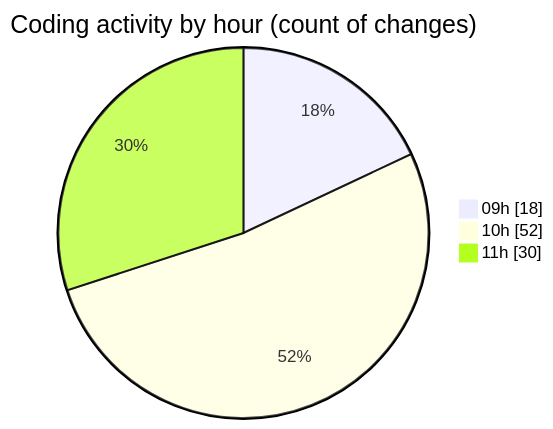
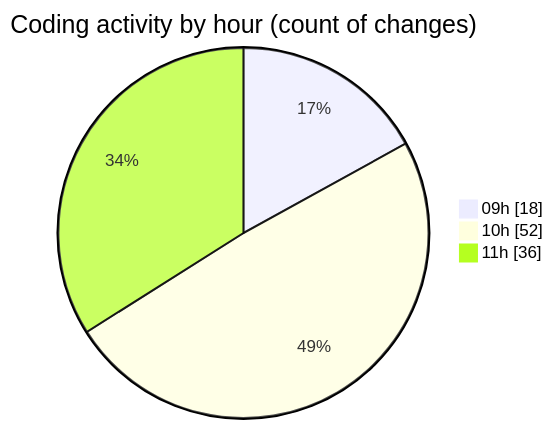
Before and after one commit to momahboobian/code-tracking: the second of 2 diagrams in 2025-03-21/cda/README.md, drawn with Mermaid. The commit also changed other lines of this file and 1 other file, not shown here.

````diff
--- a/2025-03-21/cda/README.md
+++ b/2025-03-21/cda/README.md
@@ -38,7 +38,7 @@
 ```mermaid
 pie showData
 title Coding activity by hour (count of changes)
 "09h" : 18
 "10h" : 52
-"11h" : 30
+"11h" : 36
 ```
````
